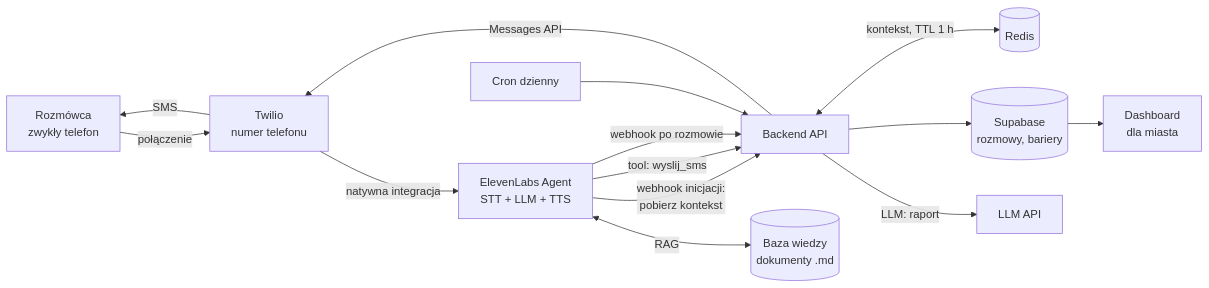
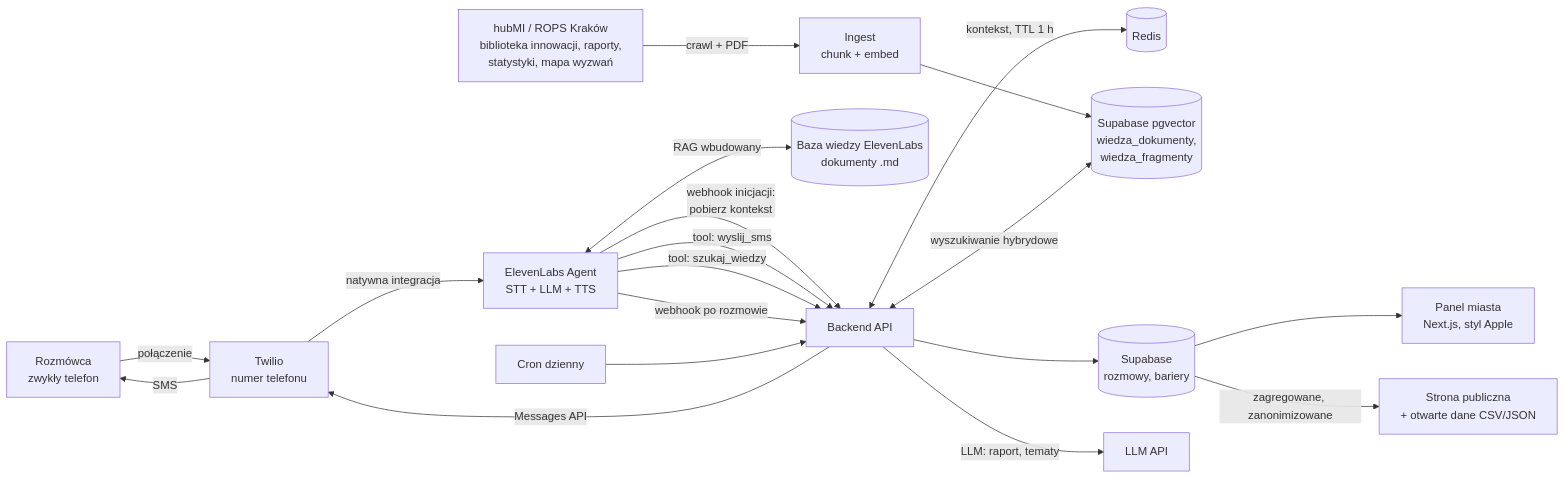
The first of 4 diagrams in PLAN.md (carrotly-technologies-2026/polish-stonks-bot), drawn with Mermaid before and after one commit. The commit also changed other lines of this file, not shown here.

First line of the commit message:
Extend plan with hubMI RAG, Apple-style frontend and published metrics

````diff
--- a/PLAN.md
+++ b/PLAN.md
@@ -32,16 +37,21 @@
 ```mermaid
 flowchart LR
     U[Rozmówca<br/>zwykły telefon] -->|połączenie| TW[Twilio<br/>numer telefonu]
     TW -->|natywna integracja| EL[ElevenLabs Agent<br/>STT + LLM + TTS]
     EL -->|webhook inicjacji:<br/>pobierz kontekst| BE
     BE <-->|kontekst, TTL 1 h| RD[(Redis)]
-    EL <-->|RAG| KB[(Baza wiedzy<br/>dokumenty .md)]
+    EL <-->|RAG wbudowany| KB[(Baza wiedzy ElevenLabs<br/>dokumenty .md)]
     EL -->|tool: wyslij_sms| BE[Backend API]
+    EL -->|tool: szukaj_wiedzy| BE
+    SRC[hubMI / ROPS Kraków<br/>biblioteka innowacji, raporty,<br/>statystyki, mapa wyzwań] -->|crawl + PDF| ING[Ingest<br/>chunk + embed]
+    ING --> VEC[(Supabase pgvector<br/>wiedza_dokumenty,<br/>wiedza_fragmenty)]
+    BE <-->|wyszukiwanie hybrydowe| VEC
     BE -->|Messages API| TW
     TW -->|SMS| U
     EL -->|webhook po rozmowie| BE
     BE --> DB[(Supabase<br/>rozmowy, bariery)]
     CRON[Cron dzienny] --> BE
-    BE -->|LLM: raport| LLM[LLM API]
-    DB --> DASH[Dashboard<br/>dla miasta]
+    BE -->|LLM: raport, tematy| LLM[LLM API]
+    DB --> DASH[Panel miasta<br/>Next.js, styl Apple]
+    DB -->|zagregowane, zanonimizowane| PUB[Strona publiczna<br/>+ otwarte dane CSV/JSON]
 ```
````
